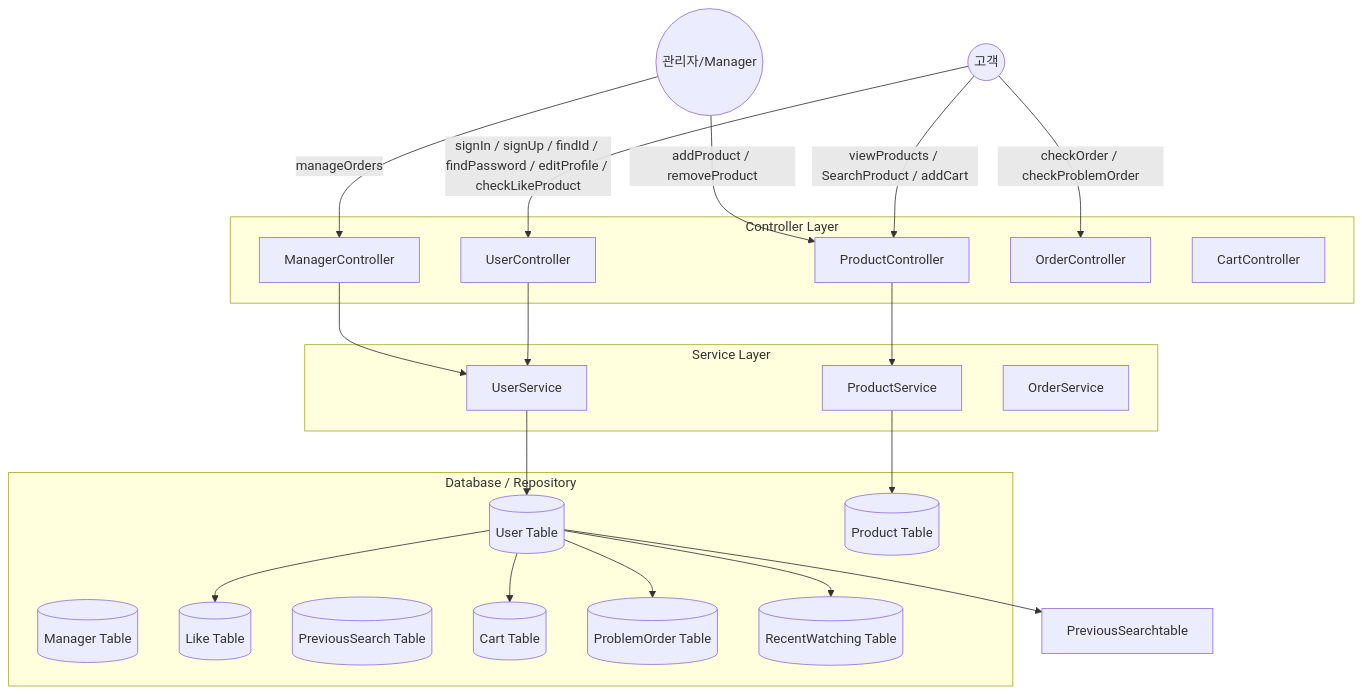
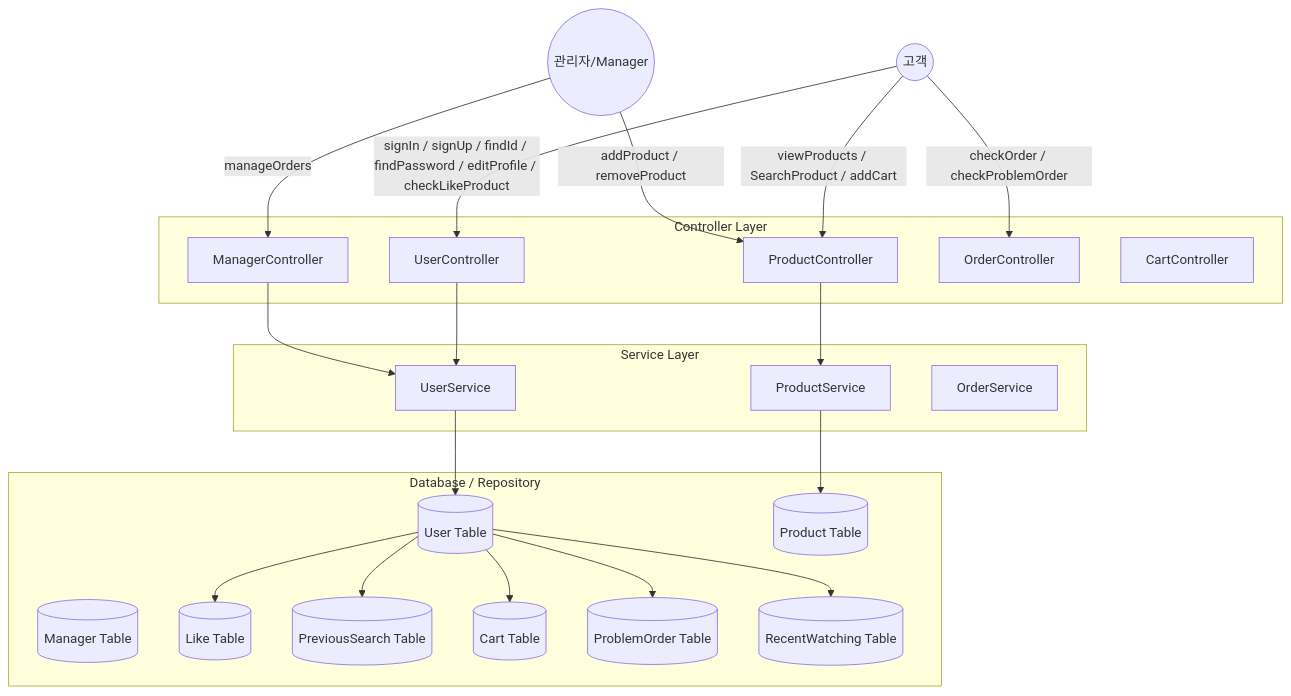
The diagram in Project/ShoppingMall/ShoppingMall Main System diagram.md (potatostore/Obsidian), drawn with Mermaid before and after one commit.

Commit message:
vault backup: 2026-03-09 15:04:30

````diff
--- a/Project/ShoppingMall/ShoppingMall Main System diagram.md
+++ b/Project/ShoppingMall/ShoppingMall Main System diagram.md
@@ -1,45 +1,45 @@
 ```mermaid
 ---
 config:
 layout: dagre
 ---
 flowchart TB
 	subgraph Controller_Layer["Controller Layer"]
 	UC["UserController"]
 	EC["ManagerController"]
 	PC["ProductController"]
 	OC["OrderController"]
 	CC["CartController"] 
 end
   
 subgraph Service_Layer["Service Layer"]
 	US["UserService"]
 	PS["ProductService"]
 	OS["OrderService"]
 end
 
 subgraph DB["Database / Repository"]
 	UserTable[("User Table")]
 	ProdTable[("Product Table")]
 	ManTable[("Manager Table")]
 	LikeTable[("Like Table")]
 	PreviousSearchTable[("PreviousSearch Table")]
 	CartTable[("Cart Table")]
 	ProblemOrderTable[("ProblemOrder Table")]
 	RecentWatchingTable[("RecentWatching Table")]
 end
 
 User(("고객")) -- signIn / signUp / findId / findPassword / editProfile / checkLikeProduct --> UC
 User -- viewProducts / SearchProduct / addCart --> PC
 User -- checkOrder / checkProblemOrder --> OC
 Admin(("관리자/Manager")) -- manageOrders --> EC
 Admin -- addProduct / removeProduct --> PC
 
 UC --> US
 EC --> US
 PC --> PS
 US --> UserTable
 PS --> ProdTable
 
-UserTable --> LikeTable & PreviousSearchtable & CartTable & ProblemOrderTable & RecentWatchingTable
+UserTable --> LikeTable & PreviousSearchTable & CartTable & ProblemOrderTable & RecentWatchingTable
 ```
````
